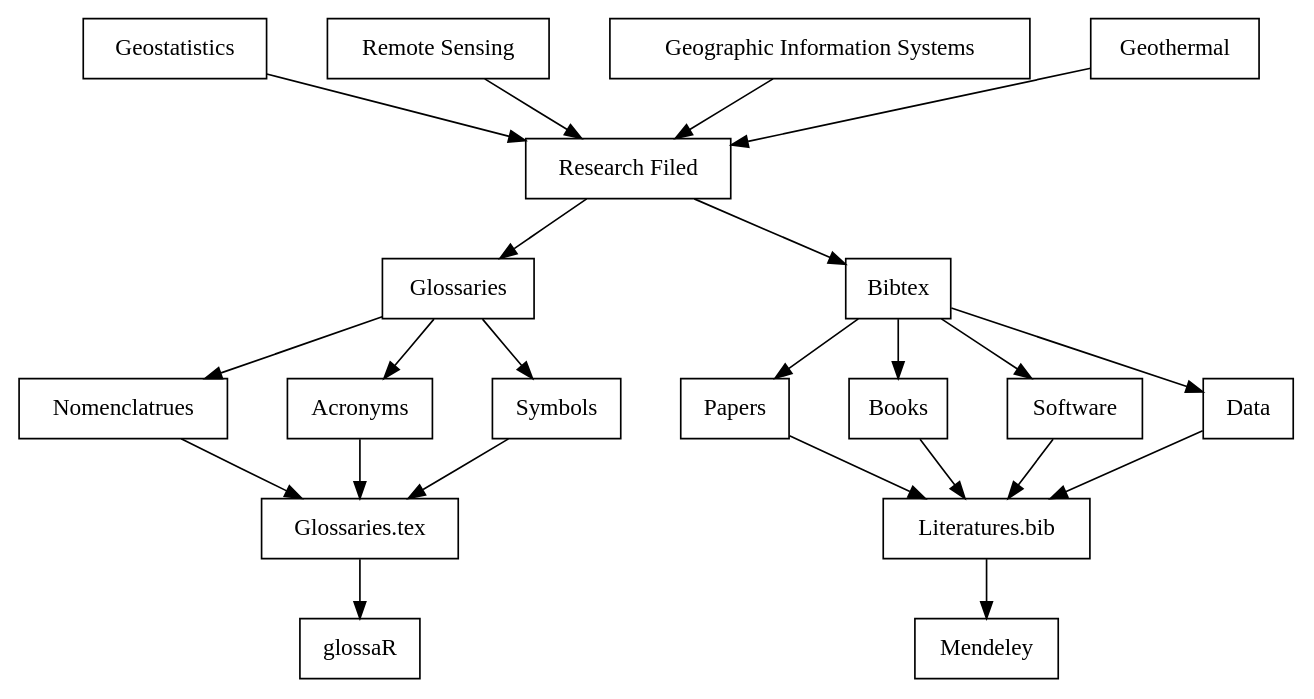
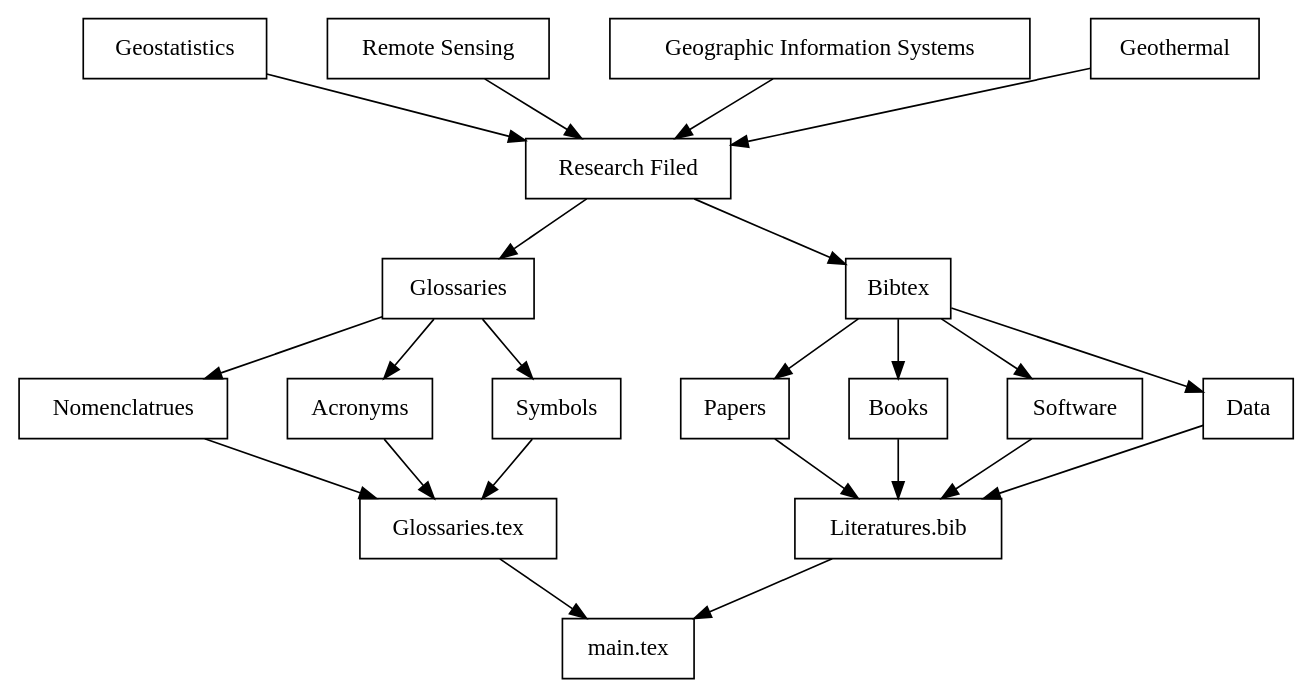
Before and after one commit to bwtian/glossaR: the first of 2 diagrams in note/glossaR.org, drawn with Graphviz. The commit also changed other lines of this file and 1 other file, not shown here.

Commit message:
- ‘note/.#glossaR.org’ / ‘note/glossaR.org’

```diff
--- a/note/glossaR.org
+++ b/note/glossaR.org
@@ -5,29 +5,30 @@
 #+BEGIN_SRC dot :file glossarWorkflow.png  
   digraph { 
           fontname="Times"; 
           fontsize = 12; 
           splines = false; 
           ranksep = 0.5; 
           nodesep = 0.5; 
           node [shape = box] 
           //1. set node 
           gs [label = "Geostatistics"]
           rs [label = "Remote Sensing"]
           gis [label = "Geographic Information Systems"]
           gt [label = "Geothermal"]
           study [label = "Research Filed"]
           gls [label = "Glossaries"]
           nomencl[label = "Nomenclatrues"]
           acro [label = "Acronyms"]
           symbol [label = "Symbols"]
           bib [label = "Bibtex"]
           glsfile[label = "Glossaries.tex"]
           bibfile[label = "Literatures.bib"]
+          main [label = "main.tex"]
           //2. set path 
           {gs, gis, rs, gt} -> study -> {gls, bib}
-          gls -> {nomencl, acro, symbol} -> glsfile -> "glossaR"
-          bib -> {"Papers", "Books", "Software", "Data"} -> bibfile -> "Mendeley"
+          gls -> {nomencl, acro, symbol} -> glsfile -> main
+          bib -> {"Papers", "Books", "Software", "Data"} -> bibfile -> main
           //3. set rank 
           {rank = same; gs, gis, rs, gt} 
   }
 #+END_SRC
```
